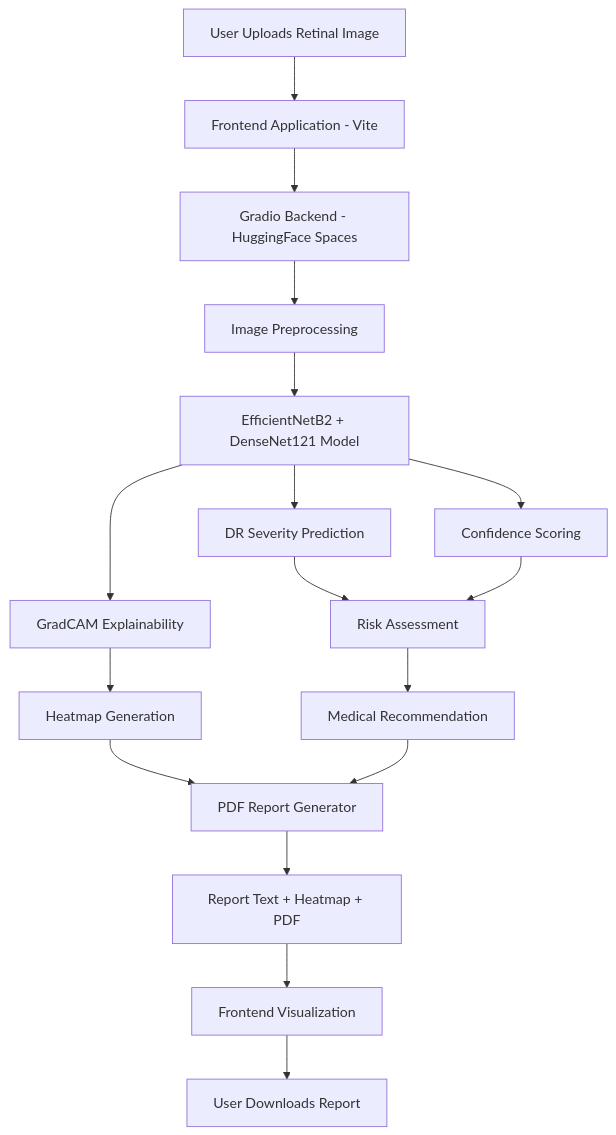
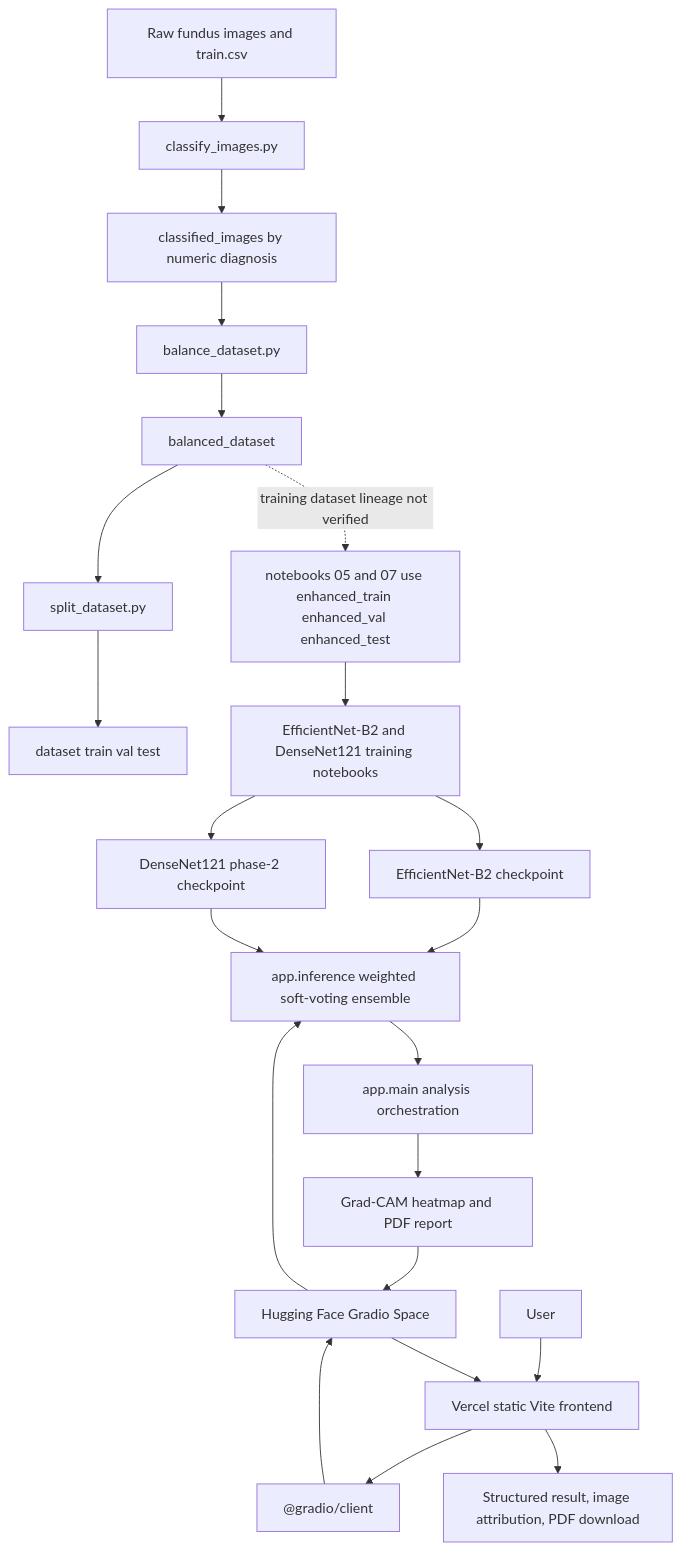
Before and after one commit to 01mayankk/retinascan-ai: the diagram in README.md, drawn with Mermaid. The commit also changed other lines of this file and 2 other files, not shown here.

Commit message:
docs: add global, backend, and frontend READMEs with Mermaid architecture diagrams

````diff
--- a/README.md
+++ b/README.md
@@ -51,37 +16,24 @@
 ```mermaid
 flowchart TD
-
-    A[User Uploads Retinal Image]
-
-    A --> B[Frontend Application - Vite]
-
-    B --> C[Gradio Backend - HuggingFace Spaces]
-
-    C --> D[Image Preprocessing]
-
-    D --> E[EfficientNetB2 + DenseNet121 Model]
-
-    E --> F[DR Severity Prediction]
-
-    E --> G[Confidence Scoring]
-
-    E --> H[GradCAM Explainability]
-
-    H --> I[Heatmap Generation]
-
-    F --> J[Risk Assessment]
-
-    G --> J
-
-    J --> K[Medical Recommendation]
-
-    I --> L[PDF Report Generator]
-
+    A[Raw fundus images and train.csv] --> B[classify_images.py]
+    B --> C[classified_images by numeric diagnosis]
+    C --> D[balance_dataset.py]
+    D --> E[balanced_dataset]
+    E --> F[split_dataset.py]
+    F --> G[dataset train val test]
+    E -. "training dataset lineage not verified" .-> H[notebooks 05 and 07 use enhanced_train enhanced_val enhanced_test]
+    H --> I[EfficientNet-B2 and DenseNet121 training notebooks]
+    I --> J[EfficientNet-B2 checkpoint]
+    I --> K[DenseNet121 phase-2 checkpoint]
+    J --> L[app.inference weighted soft-voting ensemble]
     K --> L
-
-    L --> M[Report Text + Heatmap + PDF]
-
-    M --> N[Frontend Visualization]
-
-    N --> O[User Downloads Report]
+    L --> M[app.main analysis orchestration]
+    M --> N[Grad-CAM heatmap and PDF report]
+    O[User] --> P[Vercel static Vite frontend]
+    P --> Q["@gradio/client"]
+    Q --> R[Hugging Face Gradio Space]
+    R --> L
+    N --> R
+    R --> P
+    P --> S[Structured result, image attribution, PDF download]
 ```
````
